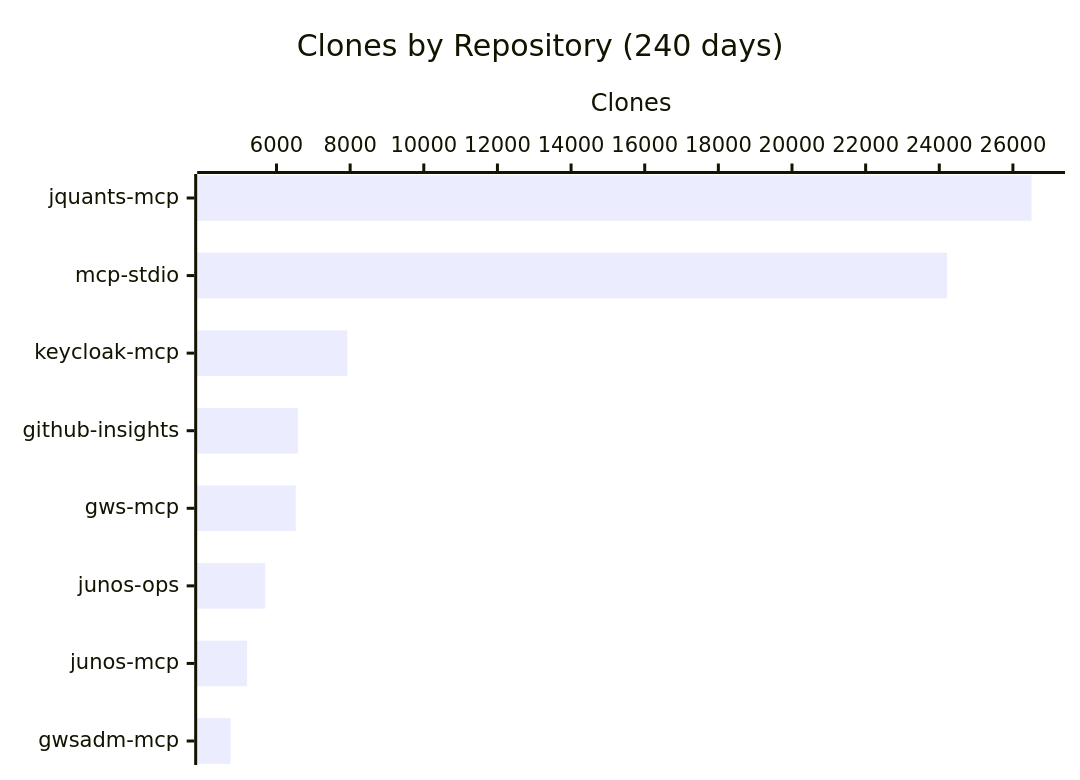
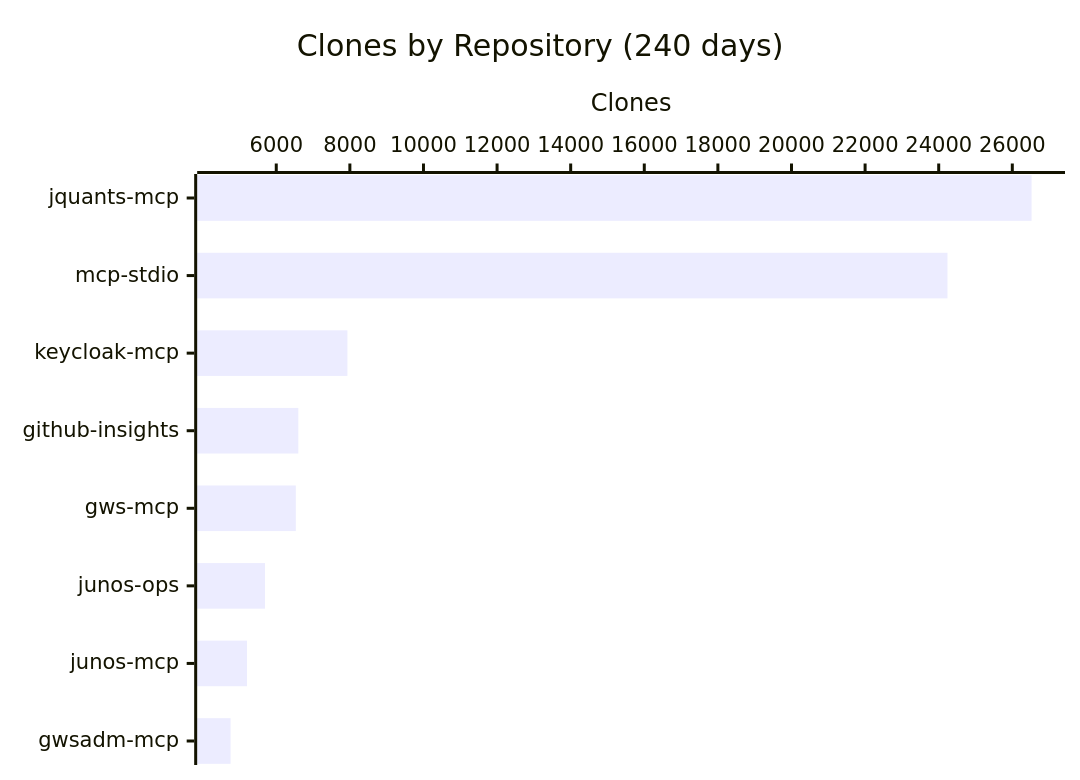
The fourth of 4 diagrams in README.md (shigechika/github-insights), drawn with Mermaid before and after one commit. The commit also changed other lines of this file and 1 other file, not shown here.

````diff
--- a/README.md
+++ b/README.md
@@ -58,7 +58,7 @@
 ```mermaid
 xychart-beta horizontal
     title "Clones by Repository (240 days)"
     x-axis ["jquants-mcp", "mcp-stdio", "keycloak-mcp", "github-insights", "gws-mcp", "junos-ops", "junos-mcp", "gwsadm-mcp"]
     y-axis "Clones"
-    bar [26507, 24213, 7926, 6581, 6523, 5692, 5200, 4753]
+    bar [26524, 24238, 7933, 6600, 6531, 5694, 5205, 4759]
 ```
````
